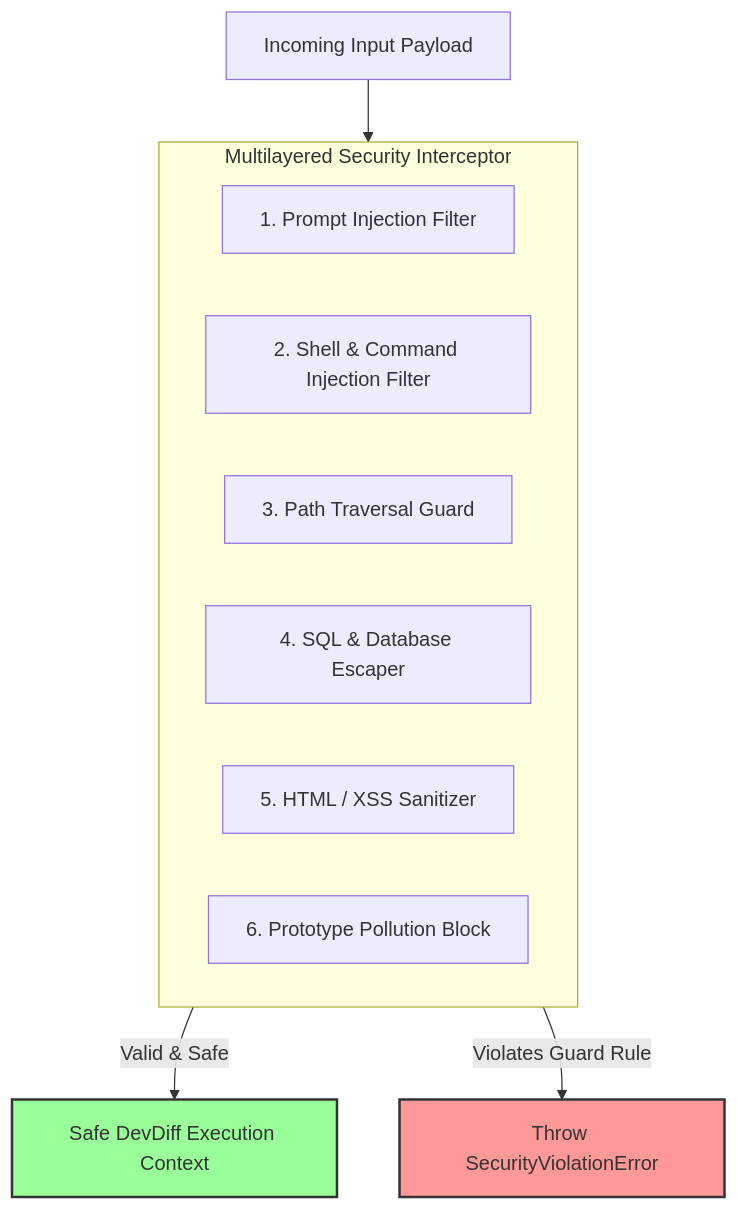
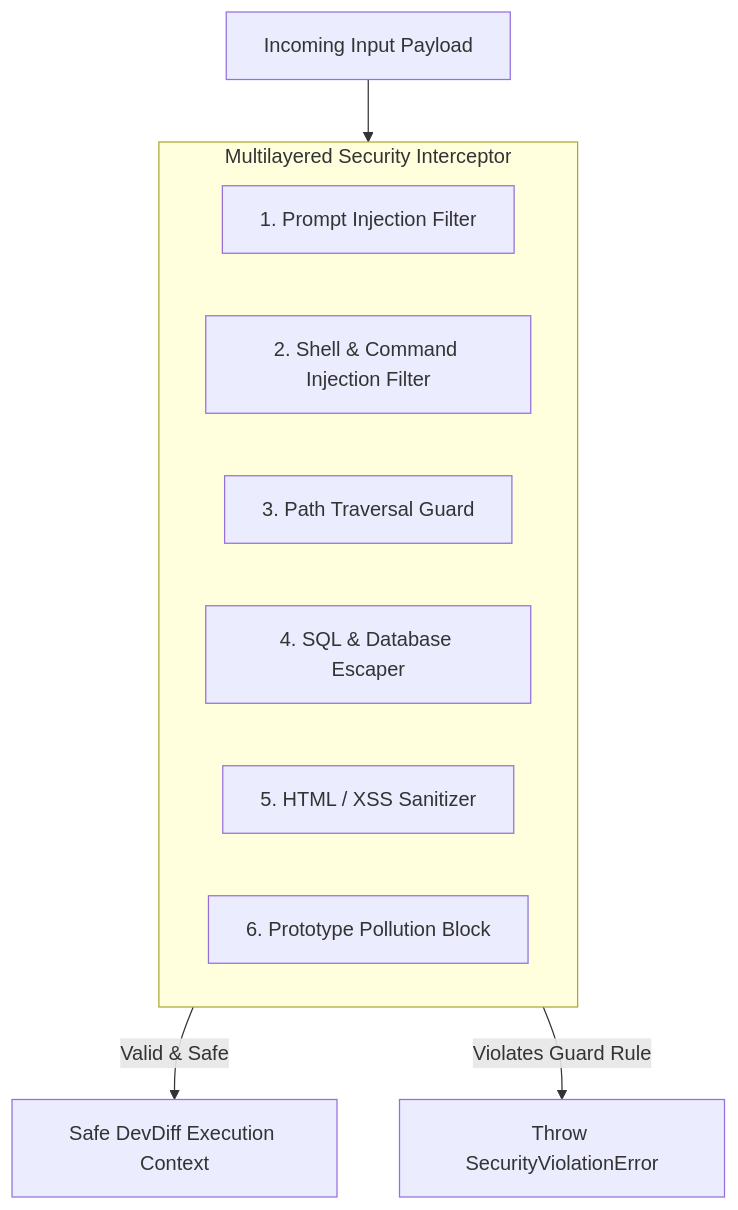
The diagram in docs/security/injection-prevention.md (EldrexDelosReyesBula/DevDiff), drawn with Mermaid before and after one commit. The commit also changed other lines of this file and 187 other files, not shown here.

First line of the commit message:
release: v1.8.0 — multi-registry distribution, plugin architecture & documentation overhaul

````diff
--- a/docs/security/injection-prevention.md
+++ b/docs/security/injection-prevention.md
@@ -9,19 +9,16 @@
 ```mermaid
 flowchart TD
     Input[Incoming Input Payload] --> Guard[InjectionGuardV2 Validator]
 
     subgraph Guard [Multilayered Security Interceptor]
       L1[1. Prompt Injection Filter]
       L2[2. Shell & Command Injection Filter]
       L3[3. Path Traversal Guard]
       L4[4. SQL & Database Escaper]
       L5[5. HTML / XSS Sanitizer]
       L6[6. Prototype Pollution Block]
     end
 
     Guard -->|Valid & Safe| Exec[Safe DevDiff Execution Context]
     Guard -->|Violates Guard Rule| Reject[Throw SecurityViolationError]
-
-    style Reject fill:#f99,stroke:#333,stroke-width:2px
-    style Exec fill:#9f9,stroke:#333,stroke-width:2px
 ```
````
